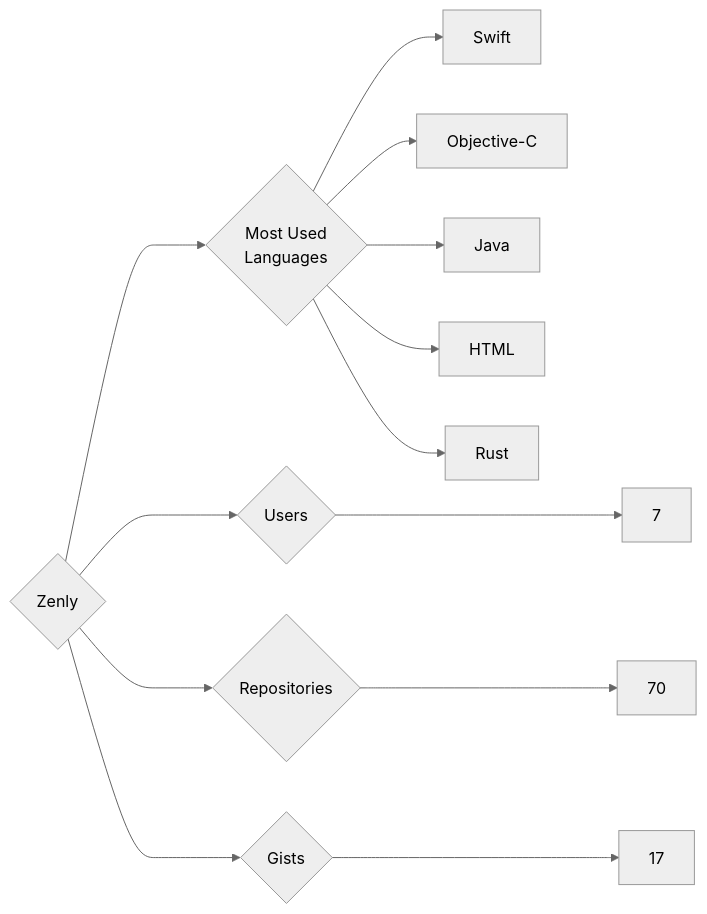
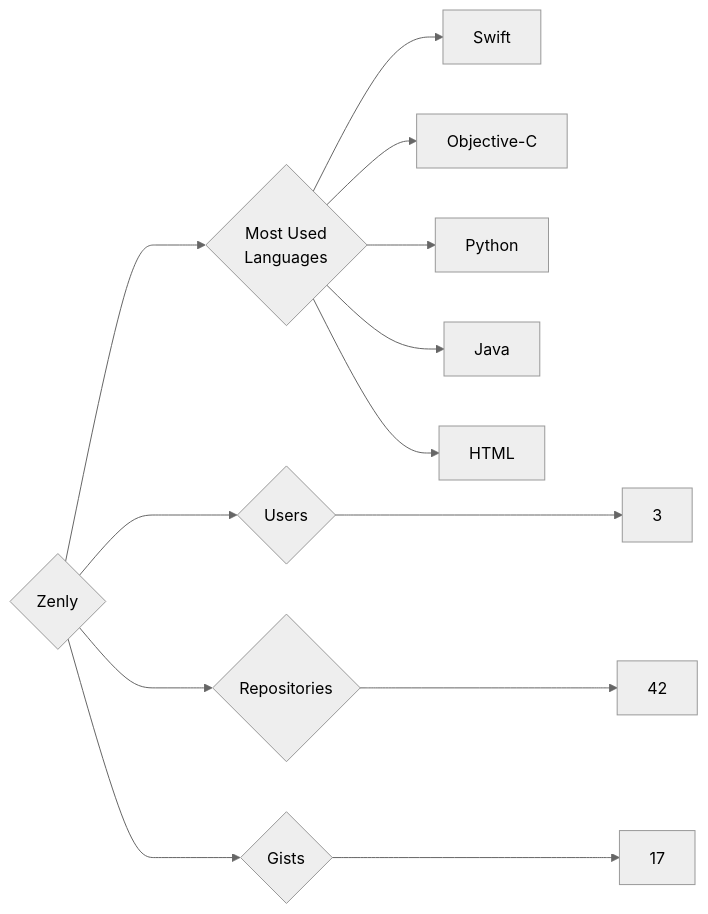
One commit to trickest/insiders changed the diagram in targets/Zenly/README.md. Above: the diagram before and after it, drawn with Mermaid (neutral theme). The commit also changed 1248 other files, not shown here.

````diff
--- a/targets/Zenly/README.md
+++ b/targets/Zenly/README.md
@@ -3,13 +3,13 @@
 ```mermaid
 graph LR
 COMPANY_NAME{Zenly}
-COMPANY_NAME ---> U{Users} ---> UN[7]
-COMPANY_NAME ---> R{Repositories} ---> RN[70]
+COMPANY_NAME ---> U{Users} ---> UN[3]
+COMPANY_NAME ---> R{Repositories} ---> RN[42]
 COMPANY_NAME ---> G{Gists} ---> GN[17]
 COMPANY_NAME ---> ML{Most Used<br>Languages}
 ML --> Swift[Swift]
 ML --> Objective-C[Objective-C]
+ML --> Python[Python]
 ML --> Java[Java]
 ML --> HTML[HTML]
-ML --> Rust[Rust]
 ```
````
